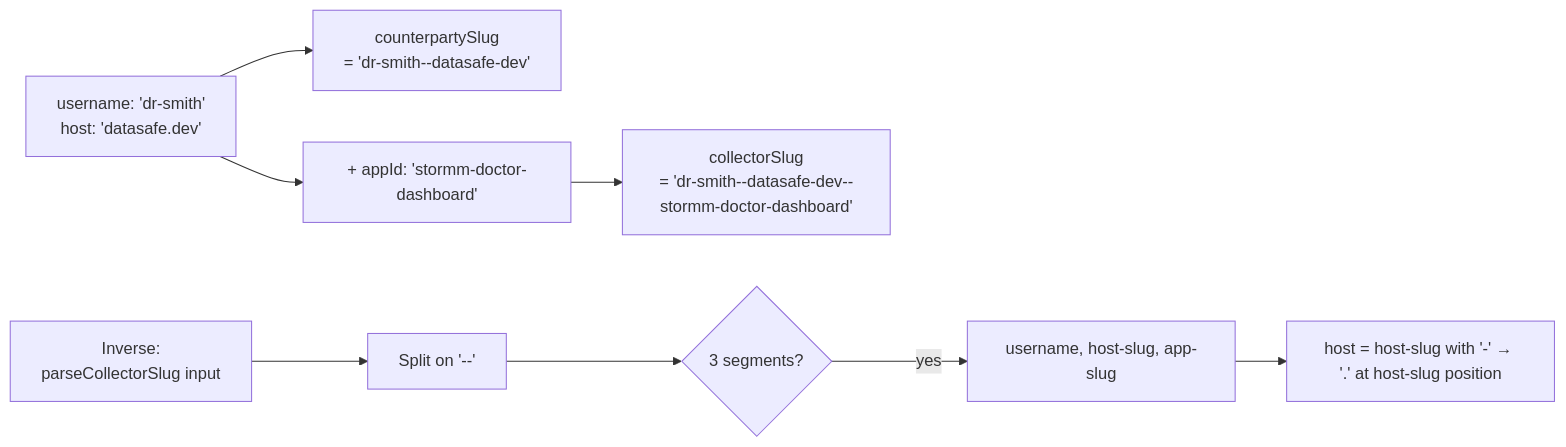
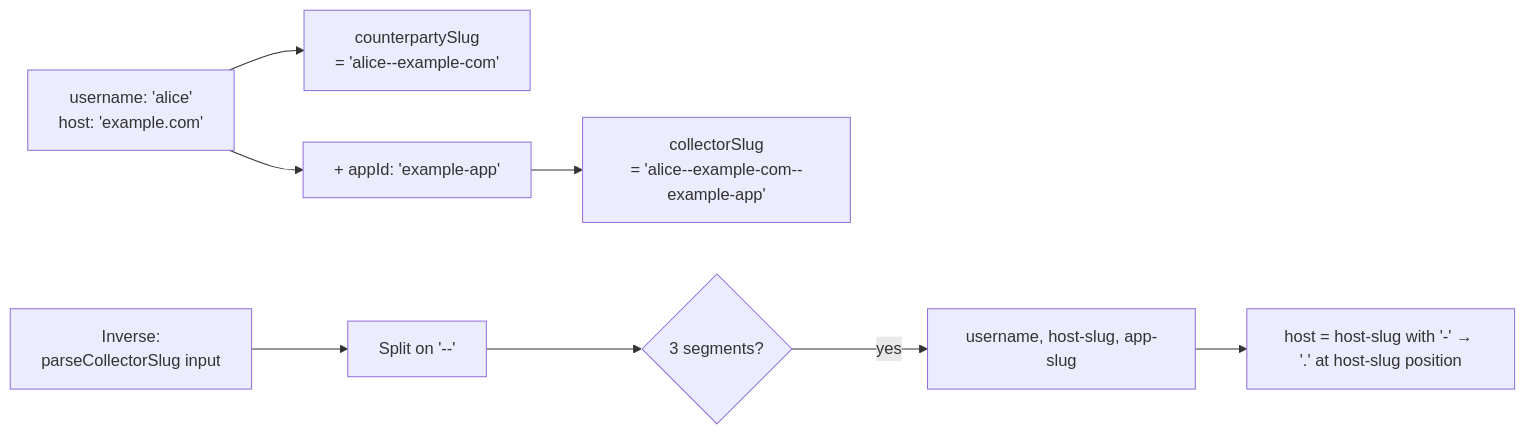
Diagram 11 of 14 in components/cmc/INTERNALS.md (pryv/open-pryv.io), drawn with Mermaid before and after one commit. The commit also changed other lines of this file and 20 other files, not shown here.

````diff
--- a/components/cmc/INTERNALS.md
+++ b/components/cmc/INTERNALS.md
@@ -460,13 +460,13 @@
 ```mermaid
 flowchart LR
-    A[username: 'dr-smith'<br/>host: 'datasafe.dev']
-    A --> B[counterpartySlug<br/>= 'dr-smith--datasafe-dev']
-    A --> C[+ appId: 'stormm-doctor-dashboard']
-    C --> D[collectorSlug<br/>= 'dr-smith--datasafe-dev--stormm-doctor-dashboard']
+    A[username: 'alice'<br/>host: 'example.com']
+    A --> B[counterpartySlug<br/>= 'alice--example-com']
+    A --> C[+ appId: 'example-app']
+    C --> D[collectorSlug<br/>= 'alice--example-com--example-app']
 
     E[Inverse:<br/>parseCollectorSlug input]
     E --> F[Split on '--']
     F --> G{3 segments?}
     G -- yes --> H[username, host-slug, app-slug]
     H --> I[host = host-slug with '-' → '.' at host-slug position]
 ```
````
